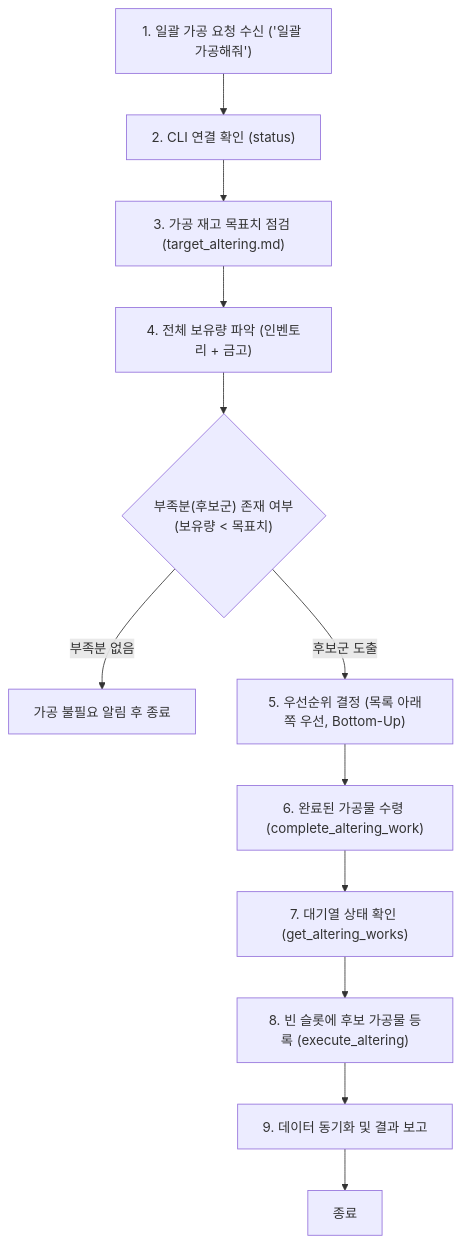
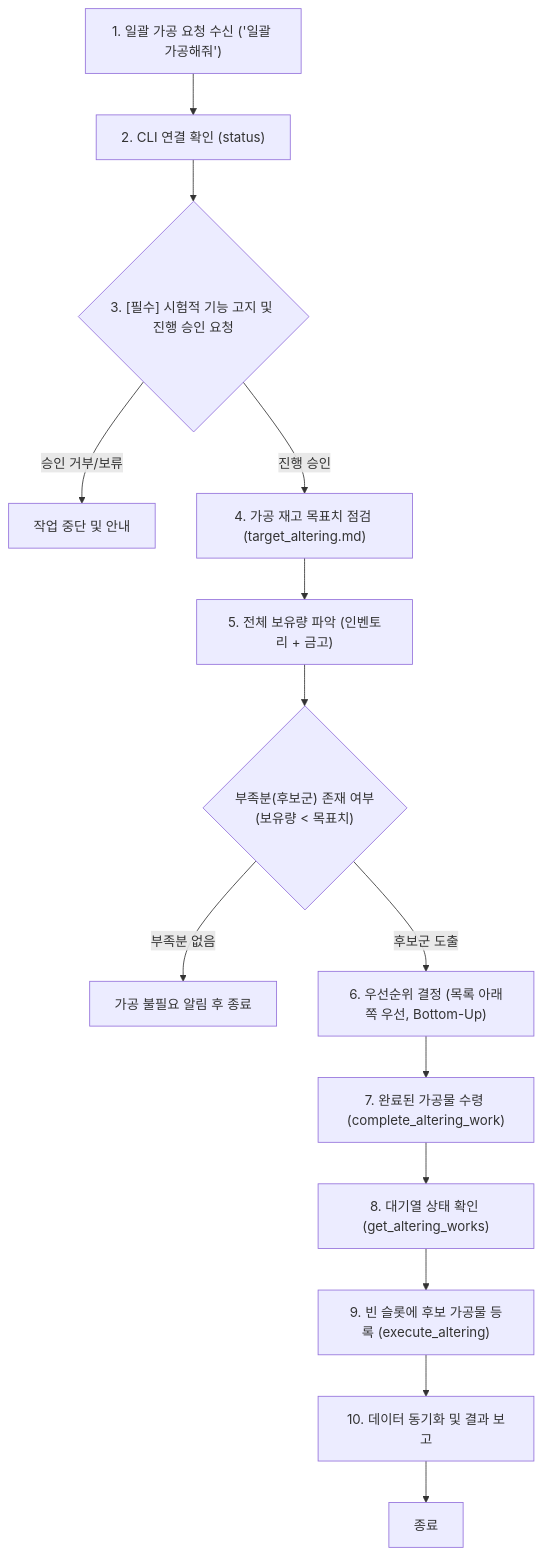
The diagram in references/workflows/stock_altering.md (ernest6164/mobi-helper), drawn with Mermaid before and after one commit. The commit also changed other lines of this file and 9 other files, not shown here.

First line of the commit message:
feat: 생활 스킬 집중 육성 워크플로우 추가 및 가공 목표 자연어 포맷 개편

````diff
--- a/references/workflows/stock_altering.md
+++ b/references/workflows/stock_altering.md
@@ -13,17 +17,19 @@
 ```mermaid
 flowchart TD
     Start["1. 일괄 가공 요청 수신 ('일괄 가공해줘')"] --> CheckConn["2. CLI 연결 확인 (status)"]
-    CheckConn --> CheckTarget["3. 가공 재고 목표치 점검 (target_altering.md)"]
-    CheckTarget --> CheckStock["4. 전체 보유량 파악 (인벤토리 + 금고)"]
+    CheckConn --> WarnExp{"3. [필수] 시험적 기능 고지 및 진행 승인 요청"}
+    WarnExp -- "승인 거부/보류" --> StopWork["작업 중단 및 안내"]
+    WarnExp -- "진행 승인" --> CheckTarget["4. 가공 재고 목표치 점검 (target_altering.md)"]
+    CheckTarget --> CheckStock["5. 전체 보유량 파악 (인벤토리 + 금고)"]
     CheckStock --> FindCandidates{"부족분(후보군) 존재 여부<br>(보유량 < 목표치)"}
     
     FindCandidates -- "부족분 없음" --> AllSufficient["가공 불필요 알림 후 종료"]
-    FindCandidates -- "후보군 도출" --> SortPriority["5. 우선순위 결정 (목록 아래쪽 우선, Bottom-Up)"]
+    FindCandidates -- "후보군 도출" --> SortPriority["6. 우선순위 결정 (목록 아래쪽 우선, Bottom-Up)"]
     
-    SortPriority --> CollectWorks["6. 완료된 가공물 수령 (complete_altering_work)"]
-    CollectWorks --> CheckQueue["7. 대기열 상태 확인 (get_altering_works)"]
-    CheckQueue --> RegisterWorks["8. 빈 슬롯에 후보 가공물 등록 (execute_altering)"]
+    SortPriority --> CollectWorks["7. 완료된 가공물 수령 (complete_altering_work)"]
+    CollectWorks --> CheckQueue["8. 대기열 상태 확인 (get_altering_works)"]
+    CheckQueue --> RegisterWorks["9. 빈 슬롯에 후보 가공물 등록 (execute_altering)"]
     
-    RegisterWorks --> SyncAndReport["9. 데이터 동기화 및 결과 보고"]
+    RegisterWorks --> SyncAndReport["10. 데이터 동기화 및 결과 보고"]
     SyncAndReport --> Finish["종료"]
 ```
````
